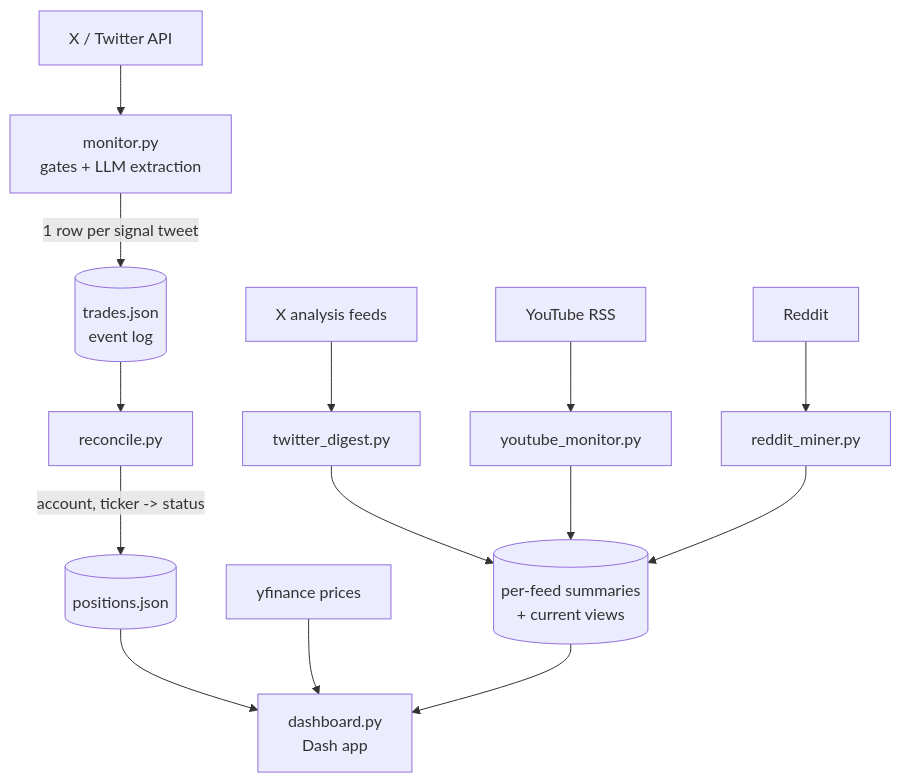
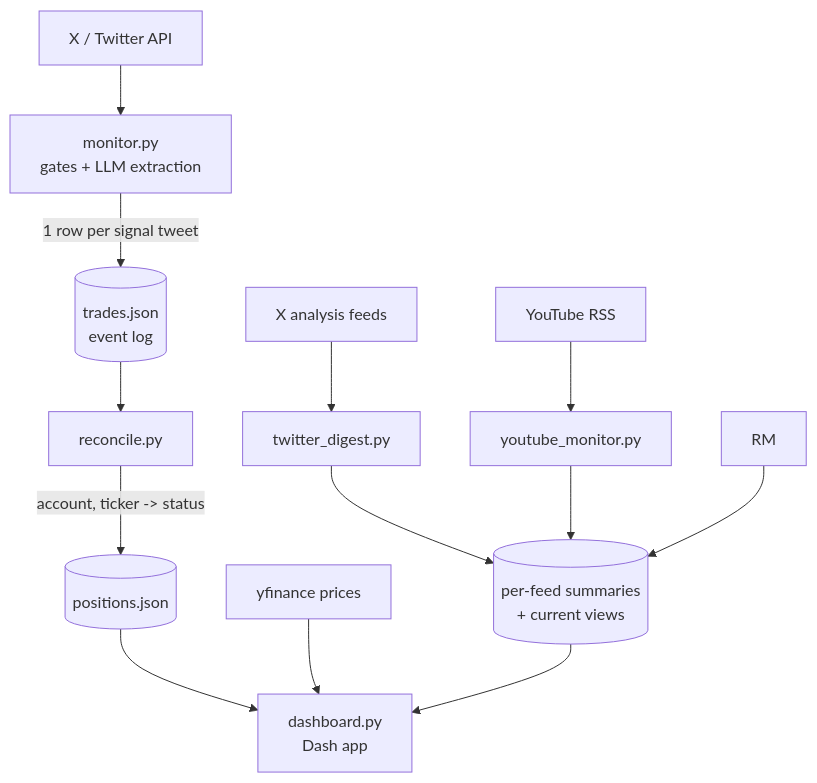
The diagram in README.md (fabibal/hindsight), drawn with Mermaid before and after one commit. The commit also changed other lines of this file and 30 other files, not shown here.

````diff
--- a/README.md
+++ b/README.md
@@ -68,16 +66,15 @@
 ```mermaid
 flowchart TD
     X[X / Twitter API] --> M[monitor.py<br/>gates + LLM extraction]
     M -->|1 row per signal tweet| T[(trades.json<br/>event log)]
     T --> R[reconcile.py]
     R -->|account, ticker -> status| P[(positions.json)]
     P --> D[dashboard.py<br/>Dash app]
     yf[yfinance prices] --> D
     XD[X analysis feeds] --> TD[twitter_digest.py]
     YT[YouTube RSS] --> YM[youtube_monitor.py]
-    RD[Reddit] --> RM[reddit_miner.py]
     TD --> S[(per-feed summaries<br/>+ current views)]
     YM --> S
     RM --> S
     S --> D
 ```
````
